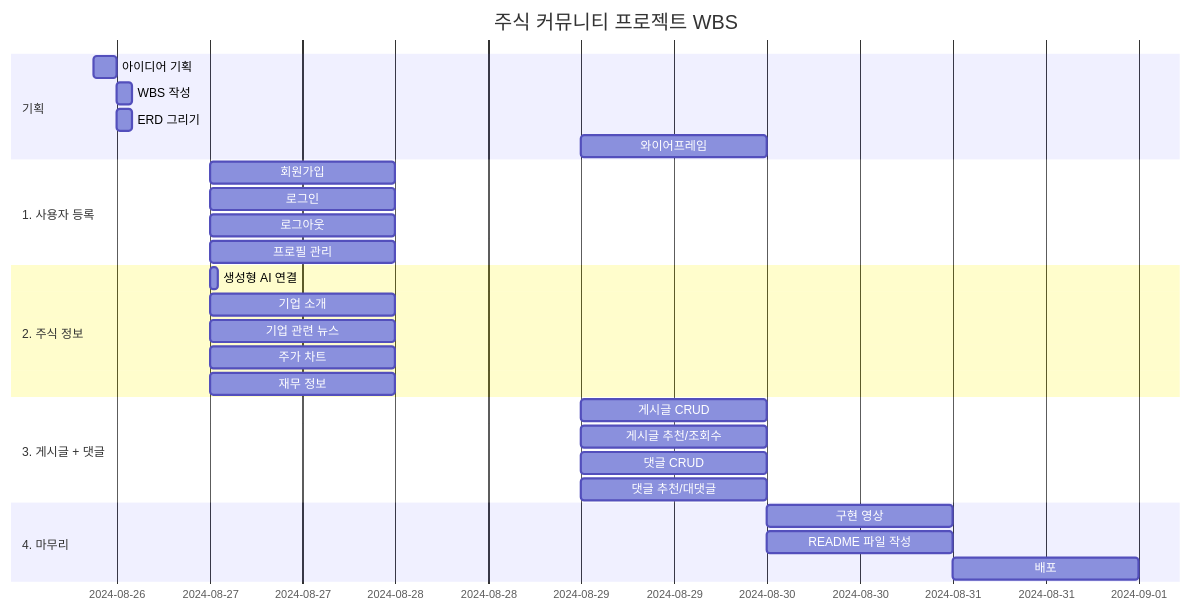
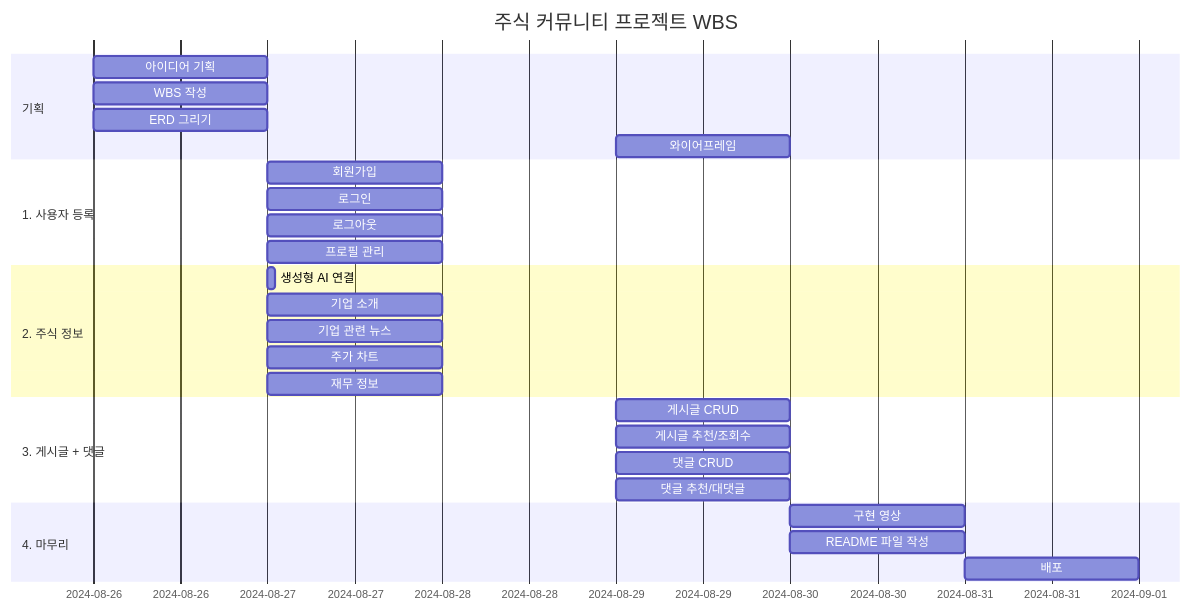
The first of 3 diagrams in README.md (Donggyu-Kim1/stalk), drawn with Mermaid before and after one commit. The commit also changed other lines of this file, not shown here.

Commit message:
리드미 wbs, 목표 수정

````diff
--- a/README.md
+++ b/README.md
@@ -193,35 +193,35 @@
 ```mermaid
 gantt
     title 주식 커뮤니티 프로젝트 WBS
     dateFormat  YYYY-MM-DD HH:mm
 
     section 기획
-    아이디어 기획      :2024-08-26 09:00, 3h
-    WBS 작성          :2024-08-26 12:00, 2h
-    ERD 그리기         :2024-08-26 12:00, 2h
+    아이디어 기획      :2024-08-26, 1d
+    WBS 작성          :2024-08-26, 1d
+    ERD 그리기         :2024-08-26, 1d
     와이어프레임        :2024-08-29, 1d
 
     section 1. 사용자 등록
     회원가입           :2024-08-27, 1d
     로그인             :2024-08-27, 1d
     로그아웃           :2024-08-27, 1d
     프로필 관리         :2024-08-27, 1d
 
     section 2. 주식 정보
     생성형 AI 연결     :2024-08-27, 1h
     기업 소개          :2024-08-27, 1d
     기업 관련 뉴스      :2024-08-27, 1d
     주가 차트          :2024-08-27, 1d
     재무 정보          :2024-08-27, 1d
 
     section 3. 게시글 + 댓글
     게시글 CRUD        :2024-08-29, 1d
     게시글 추천/조회수   :2024-08-29, 1d
     댓글 CRUD          :2024-08-29, 1d
     댓글 추천/대댓글     :2024-08-29, 1d
 
     section 4. 마무리
     구현 영상          :2024-08-30, 1d
     README 파일 작성   :2024-08-30, 1d
     배포              :2024-08-31, 1d
 ```
````
